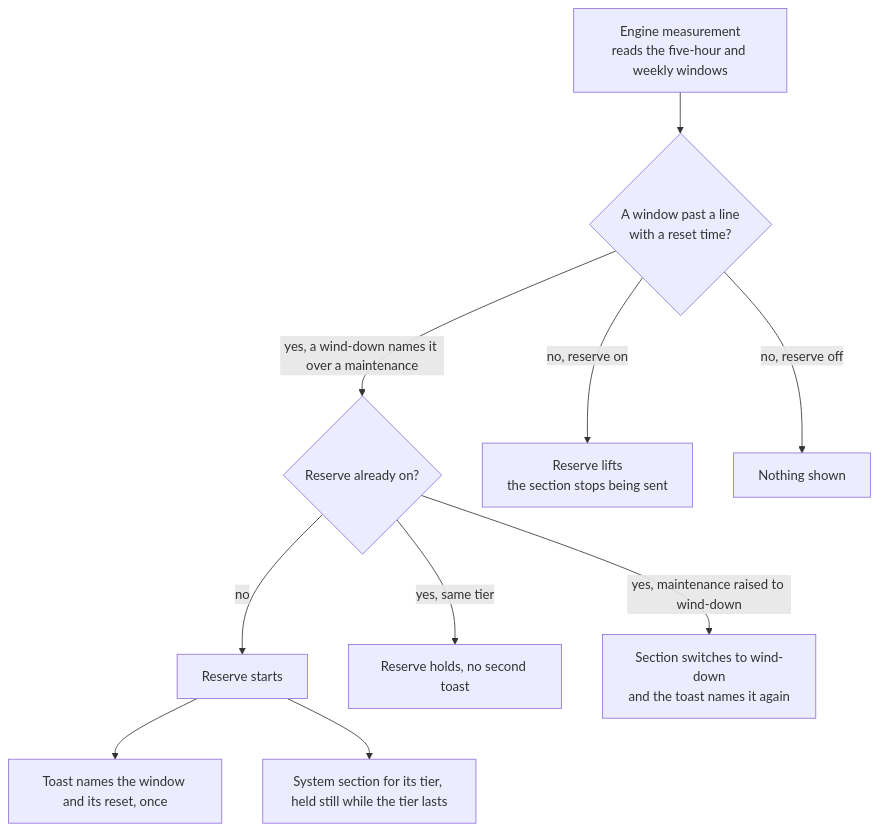
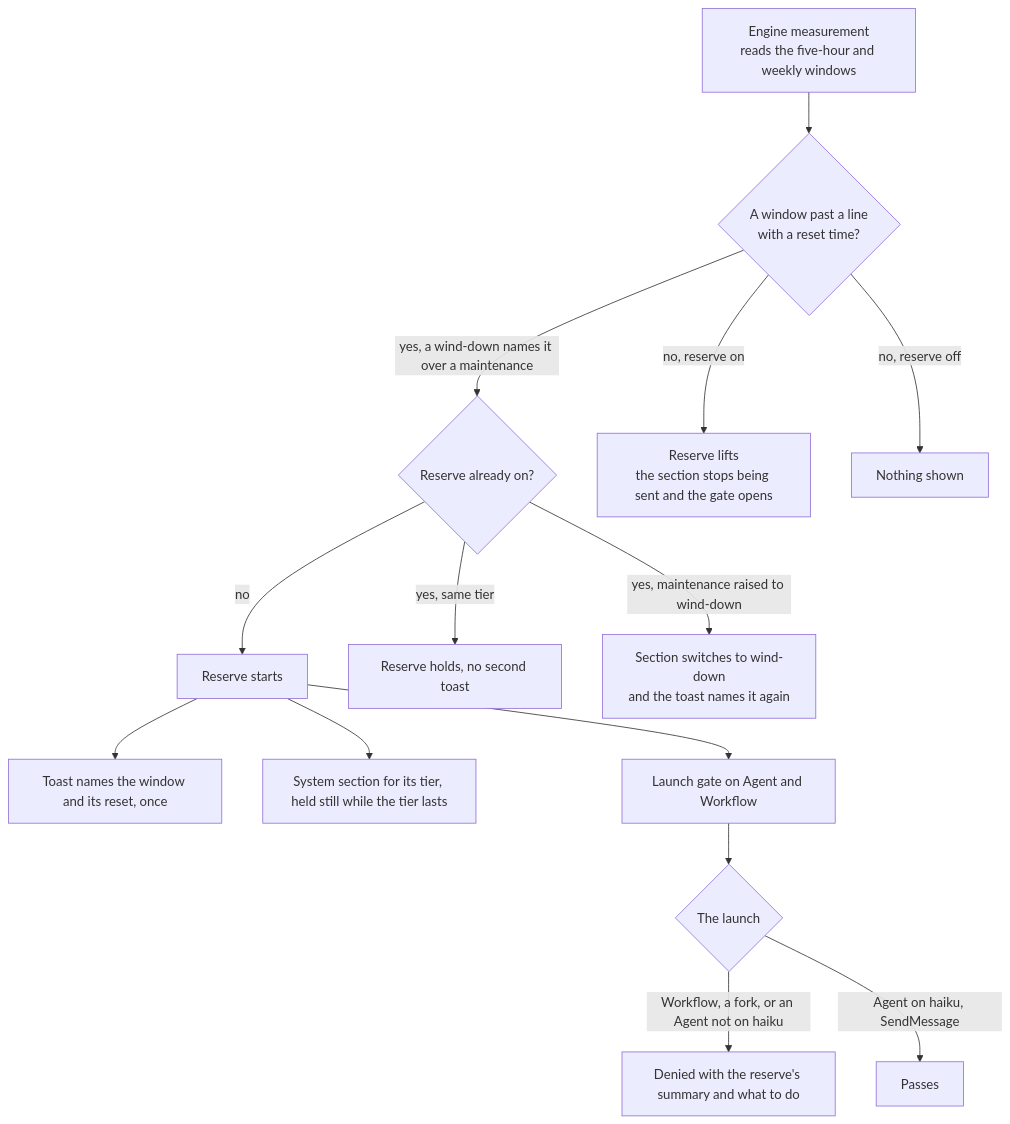
The diagram in apps/web/content/docs/infra/claude-interface/genshin-mods/resin.md (Esposter/Esposter), drawn with Mermaid before and after one commit. The commit also changed other lines of this file and 11 other files, not shown here.

First line of the commit message:
feat(genshin-mods): the usage reserve refuses an agent not on haiku and any workflow at launch, and the weekly window gains a maintenance line

````diff
--- a/apps/web/content/docs/infra/claude-interface/genshin-mods/resin.md
+++ b/apps/web/content/docs/infra/claude-interface/genshin-mods/resin.md
@@ -35,12 +35,16 @@
 ```mermaid
 flowchart TD
   M["Engine measurement<br/>reads the five-hour and weekly windows"] --> P{"A window past a line<br/>with a reset time?"}
   P -->|yes, a wind-down names it over a maintenance| Q{"Reserve already on?"}
   Q -->|no| ON["Reserve starts"]
   ON --> T["Toast names the window and its reset, once"]
   ON --> S["System section for its tier, held still while the tier lasts"]
   Q -->|yes, same tier| HOLD["Reserve holds, no second toast"]
   Q -->|yes, maintenance raised to wind-down| UP["Section switches to wind-down<br/>and the toast names it again"]
-  P -->|no, reserve on| OFF["Reserve lifts<br/>the section stops being sent"]
+  P -->|no, reserve on| OFF["Reserve lifts<br/>the section stops being sent and the gate opens"]
   P -->|no, reserve off| NONE["Nothing shown"]
+  ON --> G["Launch gate on Agent and Workflow"]
+  G --> L{"The launch"}
+  L -->|Workflow, a fork, or an Agent not on haiku| D["Denied with the reserve's summary and what to do"]
+  L -->|Agent on haiku, SendMessage| A["Passes"]
 ```
````
